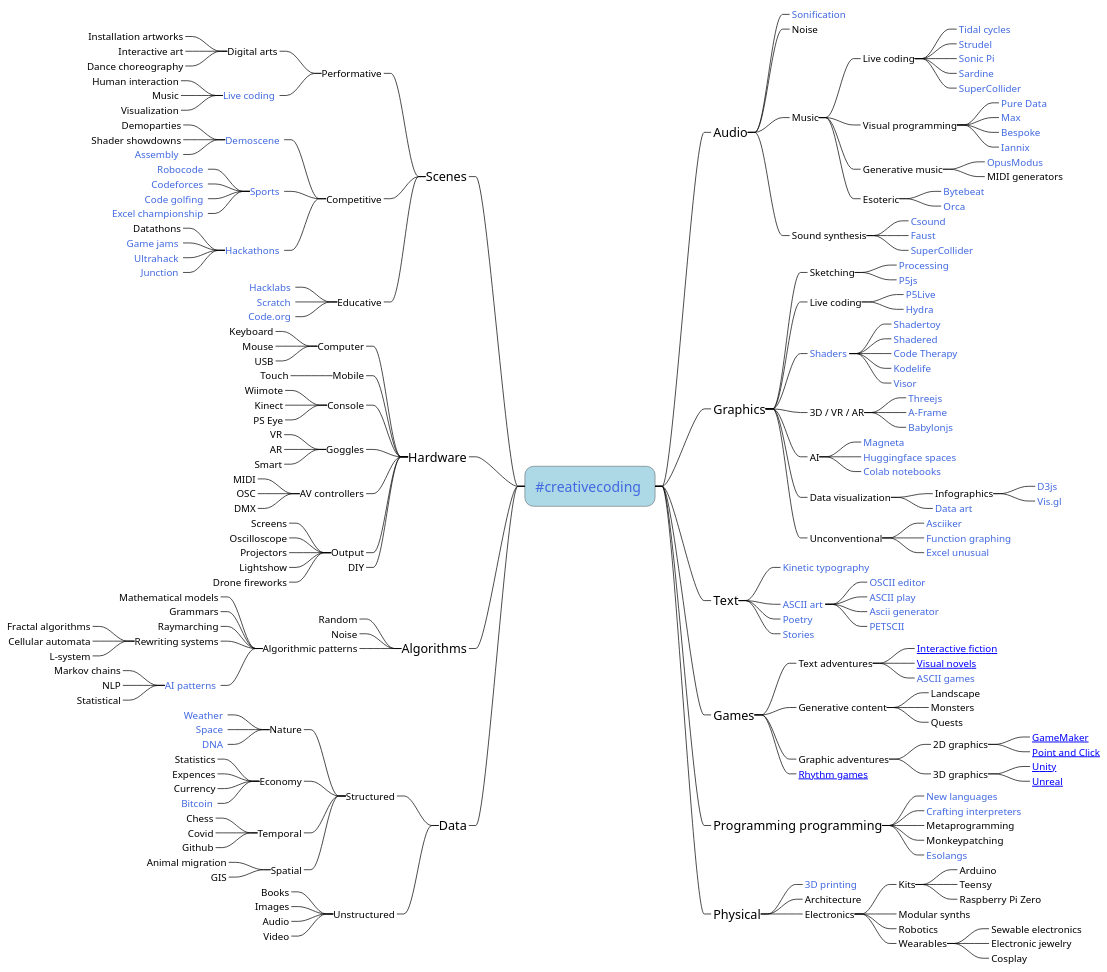
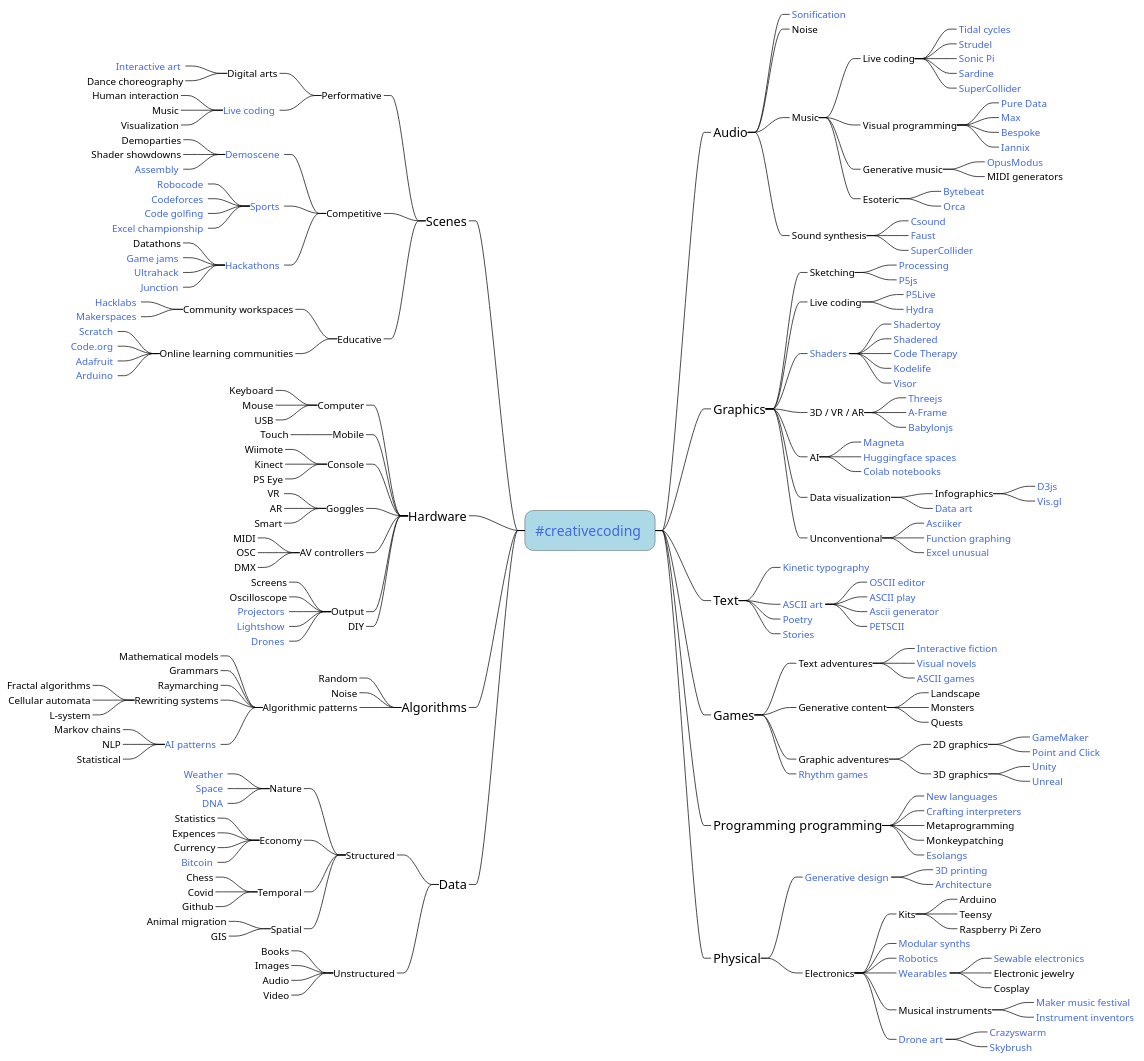
Before and after one commit to amiika/creativecodingmindmap: the diagram in mindmap.plantuml, drawn with PlantUML. The commit also changed 2 other files, not shown here.

```diff
--- a/mindmap.plantuml
+++ b/mindmap.plantuml
@@ -40,6 +40,8 @@
   }
 }
 </style>
+
+skinparam svgLinkTarget _blank
 
 * [[https://github.com/terkelg/awesome-creative-coding #creativecoding]] <<center>>
 
@@ -114,8 +116,8 @@
 
 **_ Games
 ***_ Text adventures
-****_ [[https://github.com/tajmone/awesome-interactive-fiction Interactive fiction]]
-****_ [[https://www.renpy.org/ Visual novels]]
+****_ [[https://github.com/tajmone/awesome-interactive-fiction Interactive fiction]] <<link>>
+****_ [[https://www.renpy.org/ Visual novels]] <<link>>
 ****_ [[https://adelfaure.net/games/ ASCII games]] <<link>>
 
 ***_ Generative content
@@ -124,12 +126,12 @@
 ****_ Quests
 ***_ Graphic adventures
 ****_ 2D graphics
-*****_ [[https://gamemaker.io/en GameMaker]]
-*****_ [[https://github.com/topics/point-and-click Point and Click]]
+*****_ [[https://gamemaker.io/en GameMaker]] <<link>>
+*****_ [[https://github.com/topics/point-and-click Point and Click]] <<link>>
 ****_ 3D graphics
-*****_ [[https://unity.com/ Unity]]
-*****_ [[https://www.unrealengine.com/en-US Unreal]]
-***_ [[https://github.com/topics/rhythm-game Rhythm games]]
+*****_ [[https://unity.com/ Unity]] <<link>>
+*****_ [[https://www.unrealengine.com/en-US Unreal]] <<link>>
+***_ [[https://github.com/topics/rhythm-game Rhythm games]] <<link>>
 
 **_ Programming programming
 ***_ [[https://eloquentjavascript.net/12_language.html New languages]] <<link>>
@@ -139,26 +141,32 @@
 ***_ [[https://esolangs.org/wiki/Main_Page Esolangs]] <<link>>
 
 **_ Physical
-***_ [[https://xyzdims.com/2023/02/09/3d-printing-parametric-generative-3d-infill-geometries/ 3D printing]] <<link>>
-***_ Architecture
+***_ [[https://github.com/topics/generative-design Generative design]] <<link>>
+****_ [[https://xyzdims.com/2023/02/09/3d-printing-parametric-generative-3d-infill-geometries/ 3D printing]] <<link>>
+****_ [[https://dynamobim.org/ Architecture]] <<link>>
 ***_ Electronics
 ****_ Kits
 *****_ Arduino
 *****_ Teensy
 *****_ Raspberry Pi Zero
-****_ Modular synths
-****_ Robotics
-****_ Wearables
-*****_ Sewable electronics
+****_ [[https://github.com/topics/modular-synthesizers Modular synths]] <<link>>
+****_ [[https://github.com/topics/robotics Robotics]] <<link>>
+****_ [[https://github.com/topics/wearables Wearables]] <<link>>
+*****_ [[https://learn.adafruit.com/lets-put-leds-in-things/sewable-circuits Sewable electronics]] <<link>>
 *****_ Electronic jewelry
 *****_ Cosplay
+****_ Musical instruments
+*****_ [[https://www.makermusicfestival.com/ Maker music festival]] <<link>>
+*****_ [[https://instrumentinventors.org/ Instrument inventors]] <<link>>
+****_ [[https://en.wikipedia.org/wiki/Drone_art Drone art]] <<link>>
+*****_ [[https://crazyswarm.readthedocs.io/en/latest/ Crazyswarm]] <<link>>
+*****_ [[https://skybrush.io/ Skybrush]] <<link>>
 
 --_ Scenes
 
 ---_ Performative
 ----_ Digital arts
------_ Installation artworks
------_ Interactive art
+-----_ [[https://www.trendhunter.com/slideshow/interactive-art-installations Interactive art]] <<link>>
 -----_ Dance choreography
 ----_ [[https://github.com/toplap/awesome-livecoding Live coding]] <<link>>
 -----_ Human interaction
@@ -182,9 +190,14 @@
 -----_ [[https://www.hackjunction.com/ Junction]] <<link>>
 
 ---_ Educative
-----_ [[https://hacklab.fi/index_en.html Hacklabs]] <<link>>
-----_ [[https://scratch.mit.edu/ Scratch]] <<link>>
-----_ [[https://code.org/ Code.org]] <<link>>
+----_ Community workspaces
+-----_ [[https://hacklab.fi/index_en.html Hacklabs]] <<link>>
+-----_ [[https://directory.libraries.fi/services/room/pajamakerspace Makerspaces]] <<link>>
+----_ Online learning communities
+-----_ [[https://scratch.mit.edu/ Scratch]] <<link>>
+-----_ [[https://code.org/ Code.org]] <<link>>
+-----_ [[https://forums.adafruit.com/ Adafruit]] <<link>>
+-----_ [[https://forum.arduino.cc/ Arduino]] <<link>>
 
 --_ Hardware
 ---_ Computer
@@ -198,7 +211,7 @@
 ----_ Kinect
 ----_ PS Eye
 ---_ Goggles
-----_ VR
+----_ VR 
 ----_ AR
 ----_ Smart
 ---_ AV controllers
@@ -208,9 +221,9 @@
 ---_ Output
 ----_ Screens
 ----_ Oscilloscope
-----_ Projectors
-----_ Lightshow
-----_ Drone fireworks
+----_ [[https://github.com/codingjoe/MusicBeam Projectors]] <<link>>
+----_ [[https://github.com/topics/lightshow Lightshow]] <<link>>
+----_ [[https://github.com/topics/drone Drones]] <<link>>
 ---_ DIY
 
 --_ Algorithms
```
